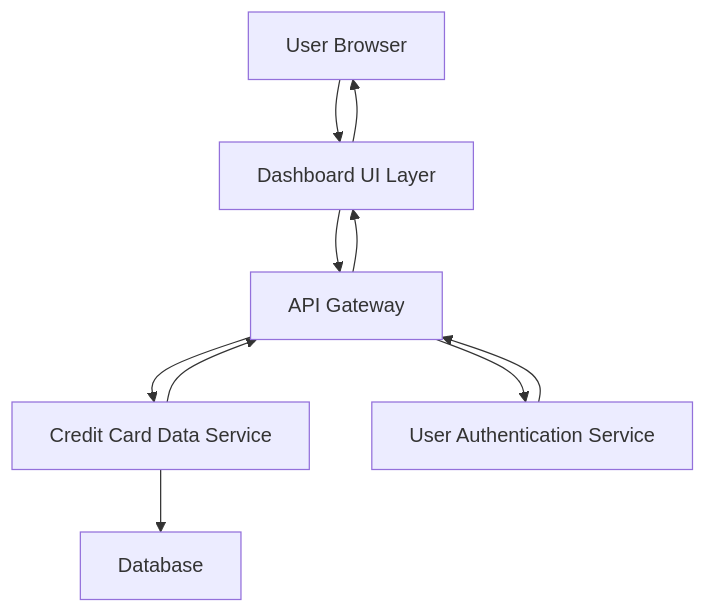
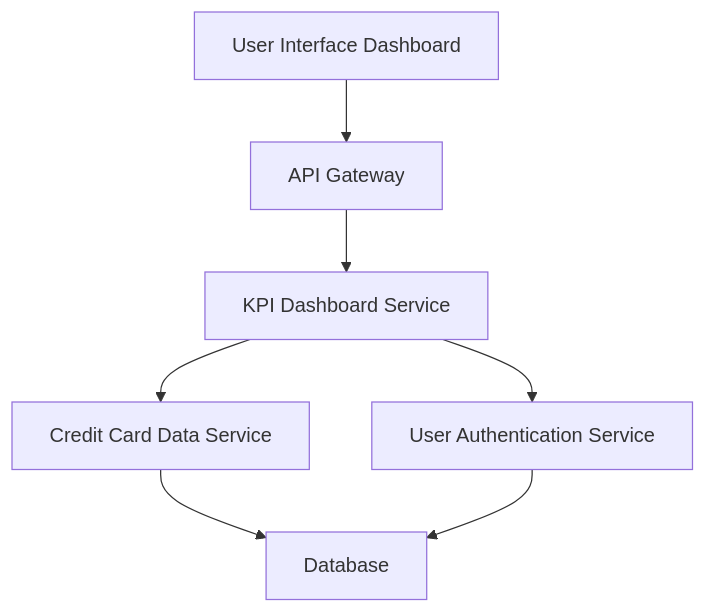
Before and after one commit to AAVA-Demo/APB_Demo: the diagram in HLD/QE-7872_HLD.md, drawn with Mermaid. The commit also changed other lines of this file and 5 other files, not shown here.

````diff
--- a/HLD/QE-7872_HLD.md
+++ b/HLD/QE-7872_HLD.md
@@ -7,18 +7,15 @@
 ```mermaid
 flowchart TD
-    A["User Browser"]
-    B["Dashboard UI Layer"]
-    C["API Gateway"]
+    A["User Interface Dashboard"]
+    B["API Gateway"]
+    C["KPI Dashboard Service"]
     D["Credit Card Data Service"]
     E["User Authentication Service"]
     F["Database"]
     A --> B
     B --> C
+    C --> D
     C --> E
-    E --> C
-    C --> D
     D --> F
-    D --> C
-    C --> B
-    B --> A
+    E --> F
 ```
````
